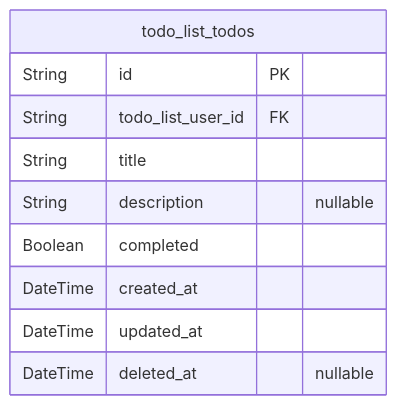
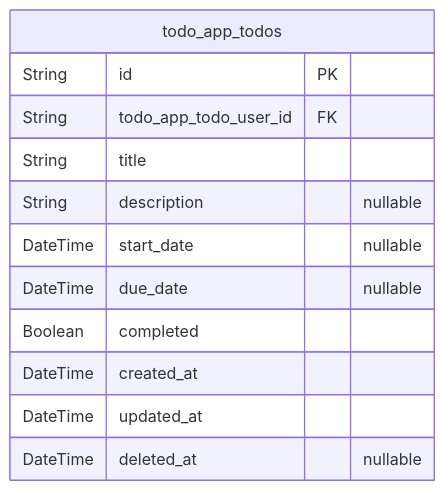
The third of 5 diagrams in qwen/qwen3-coder-exacto/todo/docs/ERD.md (wrtnlabs/autobe-examples), drawn with Mermaid before and after one commit. The commit also changed other lines of this file and 9391 other files, not shown here.

````diff
--- a/qwen/qwen3-coder-exacto/todo/docs/ERD.md
+++ b/qwen/qwen3-coder-exacto/todo/docs/ERD.md
@@ -99,13 +340,15 @@
 ```mermaid
 erDiagram
-"todo_list_todos" {
+"todo_app_todos" {
   String id PK
-  String todo_list_user_id FK
+  String todo_app_todo_user_id FK
   String title
   String description "nullable"
+  DateTime start_date "nullable"
+  DateTime due_date "nullable"
   Boolean completed
   DateTime created_at
   DateTime updated_at
   DateTime deleted_at "nullable"
 }
 ```
````
